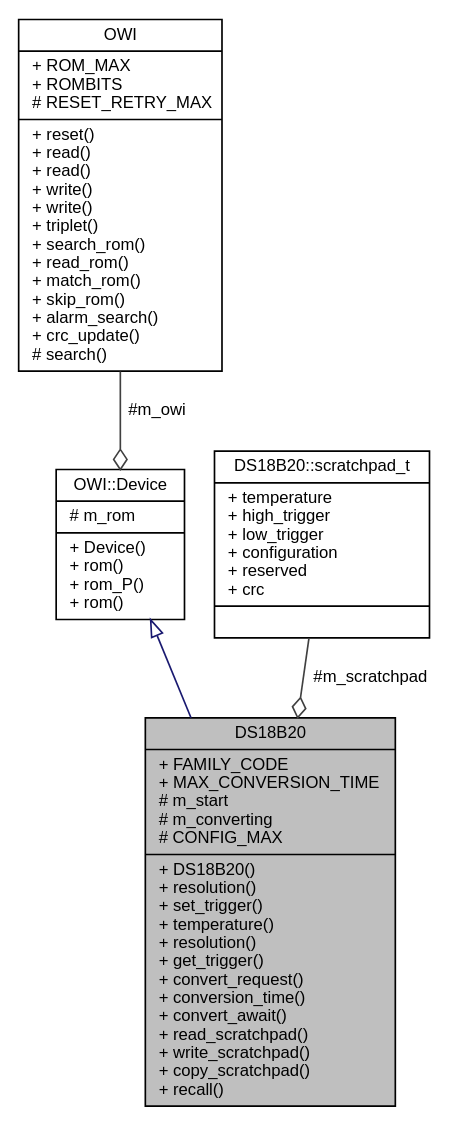
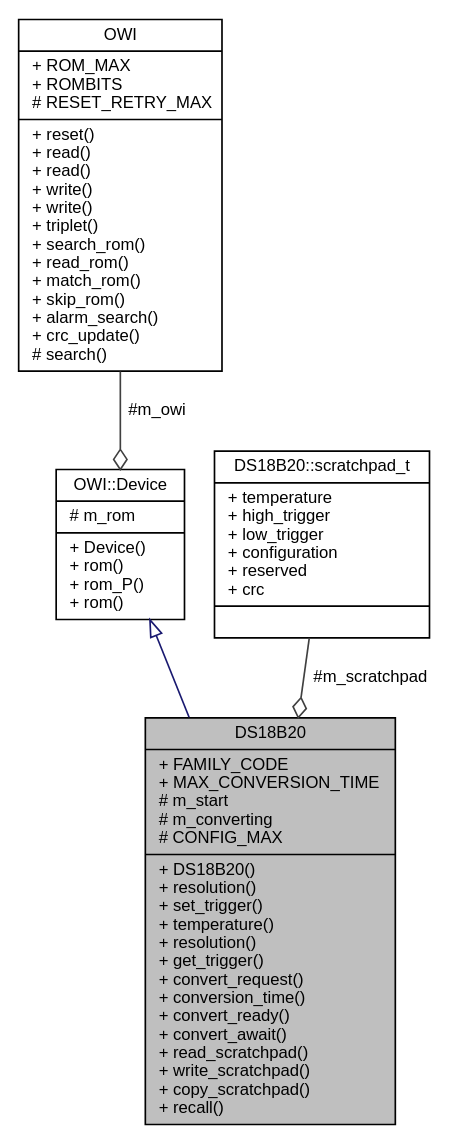
The diagram in Arduino-OWI/d4/d9e/classDS18B20__coll__graph.dot (mikaelpatel/mikaelpatel.github.io), drawn with Graphviz before and after one commit. The commit also changed 175 other files, not shown here.

```diff
--- a/Arduino-OWI/d4/d9e/classDS18B20__coll__graph.dot
+++ b/Arduino-OWI/d4/d9e/classDS18B20__coll__graph.dot
@@ -1,12 +1,12 @@
 digraph "DS18B20"
 {
   edge [fontname="Helvetica",fontsize="10",labelfontname="Helvetica",labelfontsize="10"];
   node [fontname="Helvetica",fontsize="10",shape=record];
-  Node1 [label="{DS18B20\n|+ FAMILY_CODE\l+ MAX_CONVERSION_TIME\l# m_start\l# m_converting\l# CONFIG_MAX\l|+ DS18B20()\l+ resolution()\l+ set_trigger()\l+ temperature()\l+ resolution()\l+ get_trigger()\l+ convert_request()\l+ conversion_time()\l+ convert_await()\l+ read_scratchpad()\l+ write_scratchpad()\l+ copy_scratchpad()\l+ recall()\l}",height=0.2,width=0.4,color="black", fillcolor="grey75", style="filled", fontcolor="black"];
+  Node1 [label="{DS18B20\n|+ FAMILY_CODE\l+ MAX_CONVERSION_TIME\l# m_start\l# m_converting\l# CONFIG_MAX\l|+ DS18B20()\l+ resolution()\l+ set_trigger()\l+ temperature()\l+ resolution()\l+ get_trigger()\l+ convert_request()\l+ conversion_time()\l+ convert_ready()\l+ convert_await()\l+ read_scratchpad()\l+ write_scratchpad()\l+ copy_scratchpad()\l+ recall()\l}",height=0.2,width=0.4,color="black", fillcolor="grey75", style="filled", fontcolor="black"];
   Node2 -> Node1 [dir="back",color="midnightblue",fontsize="10",style="solid",arrowtail="onormal",fontname="Helvetica"];
   Node2 [label="{OWI::Device\n|# m_rom\l|+ Device()\l+ rom()\l+ rom_P()\l+ rom()\l}",height=0.2,width=0.4,color="black", fillcolor="white", style="filled",URL="$d0/d7f/classOWI_1_1Device.html"];
   Node3 -> Node2 [color="grey25",fontsize="10",style="solid",label=" #m_owi" ,arrowhead="odiamond",fontname="Helvetica"];
   Node3 [label="{OWI\n|+ ROM_MAX\l+ ROMBITS\l# RESET_RETRY_MAX\l|+ reset()\l+ read()\l+ read()\l+ write()\l+ write()\l+ triplet()\l+ search_rom()\l+ read_rom()\l+ match_rom()\l+ skip_rom()\l+ alarm_search()\l+ crc_update()\l# search()\l}",height=0.2,width=0.4,color="black", fillcolor="white", style="filled",URL="$d7/d90/classOWI.html"];
   Node4 -> Node1 [color="grey25",fontsize="10",style="solid",label=" #m_scratchpad" ,arrowhead="odiamond",fontname="Helvetica"];
   Node4 [label="{DS18B20::scratchpad_t\n|+ temperature\l+ high_trigger\l+ low_trigger\l+ configuration\l+ reserved\l+ crc\l|}",height=0.2,width=0.4,color="black", fillcolor="white", style="filled",URL="$d4/d1f/structDS18B20_1_1scratchpad__t.html"];
 }
```
